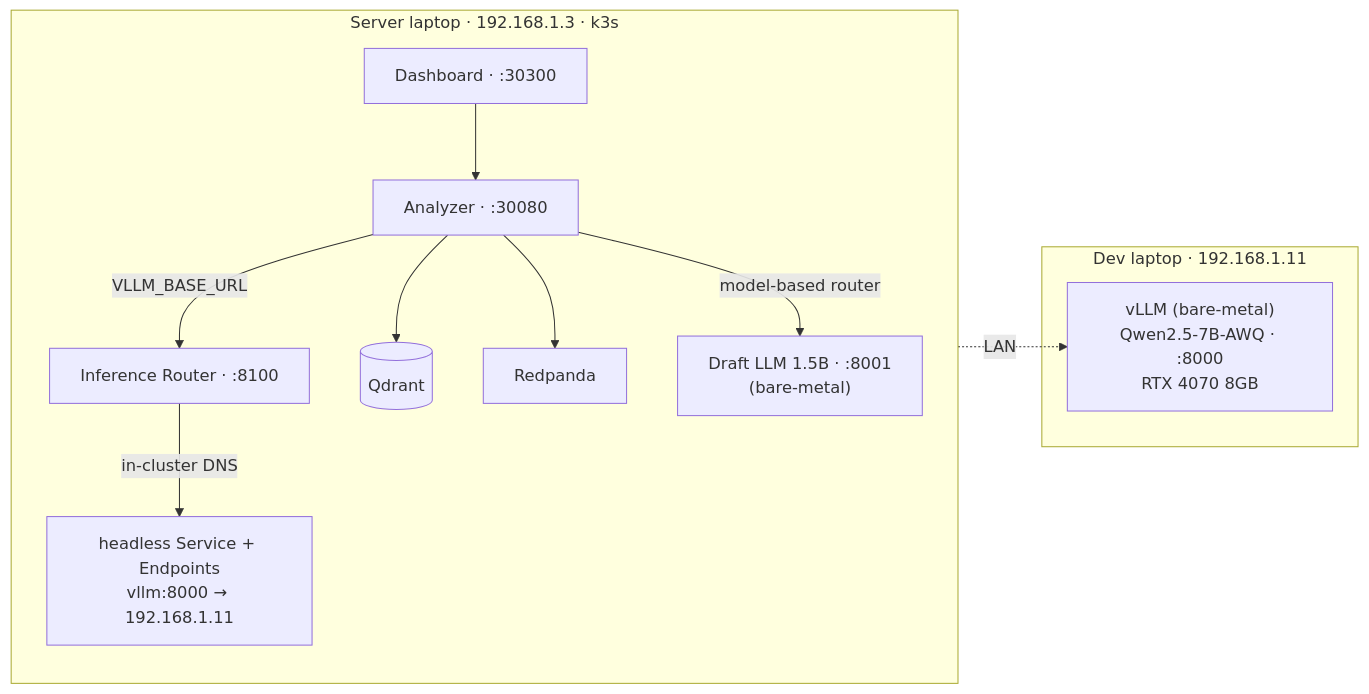
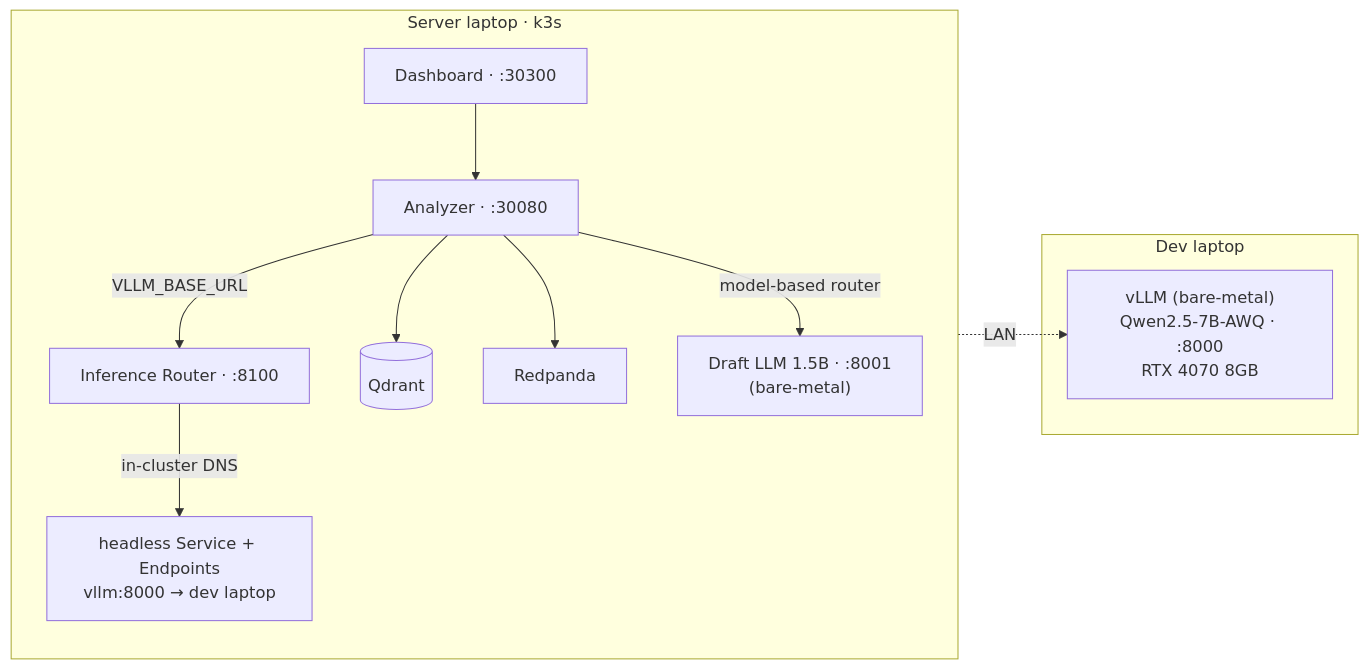
One commit to SMAXXY26/VOC-sentiment-analyzer changed the third of 4 diagrams in README.md. Above: the diagram before and after it, drawn with Mermaid. The commit also changed other lines of this file and 37 other files, not shown here.

````diff
--- a/README.md
+++ b/README.md
@@ -103,23 +103,23 @@
 ```mermaid
 flowchart LR
-    subgraph DEV["Dev laptop · 192.168.1.11"]
+    subgraph DEV["Dev laptop"]
         VLLM["vLLM (bare-metal)<br/>Qwen2.5-7B-AWQ · :8000<br/>RTX 4070 8GB"]
     end
-    subgraph SRV["Server laptop · 192.168.1.3 · k3s"]
+    subgraph SRV["Server laptop · k3s"]
         direction TB
         ROUTERK["Inference Router · :8100"]
-        SVC["headless Service + Endpoints<br/>vllm:8000 → 192.168.1.11"]
+        SVC["headless Service + Endpoints<br/>vllm:8000 → dev laptop"]
         ANALY["Analyzer · :30080"]
         DASHK["Dashboard · :30300"]
         QDK[("Qdrant")]
         RPK["Redpanda"]
         DRAFT["Draft LLM 1.5B · :8001<br/>(bare-metal)"]
     end
     ANALY -->|"VLLM_BASE_URL"| ROUTERK
     ROUTERK -->|"in-cluster DNS"| SVC
     SVC -.->|"LAN"| VLLM
     ANALY --> QDK
     ANALY --> RPK
     ANALY -->|"model-based router"| DRAFT
     DASHK --> ANALY
 ```
````
